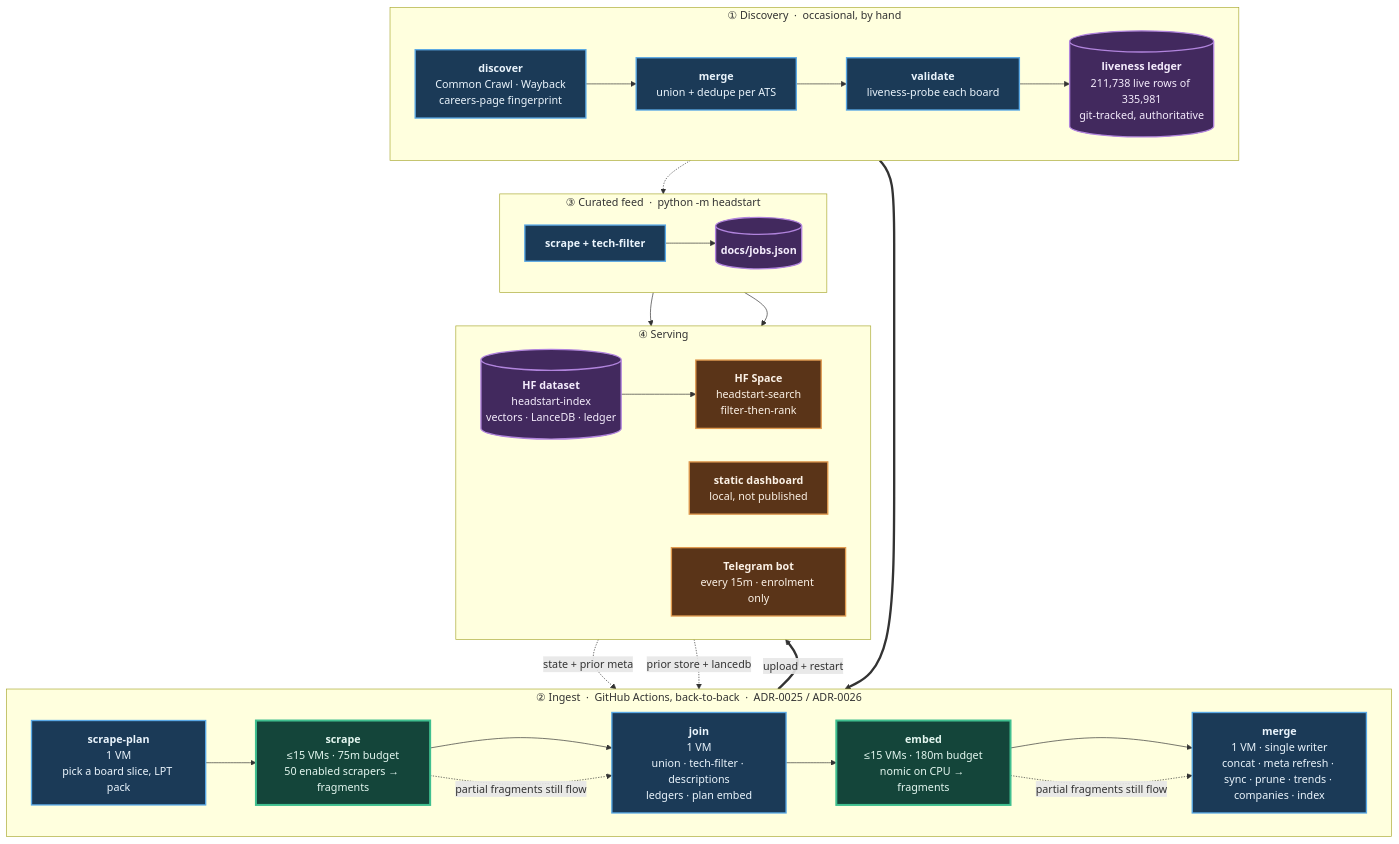
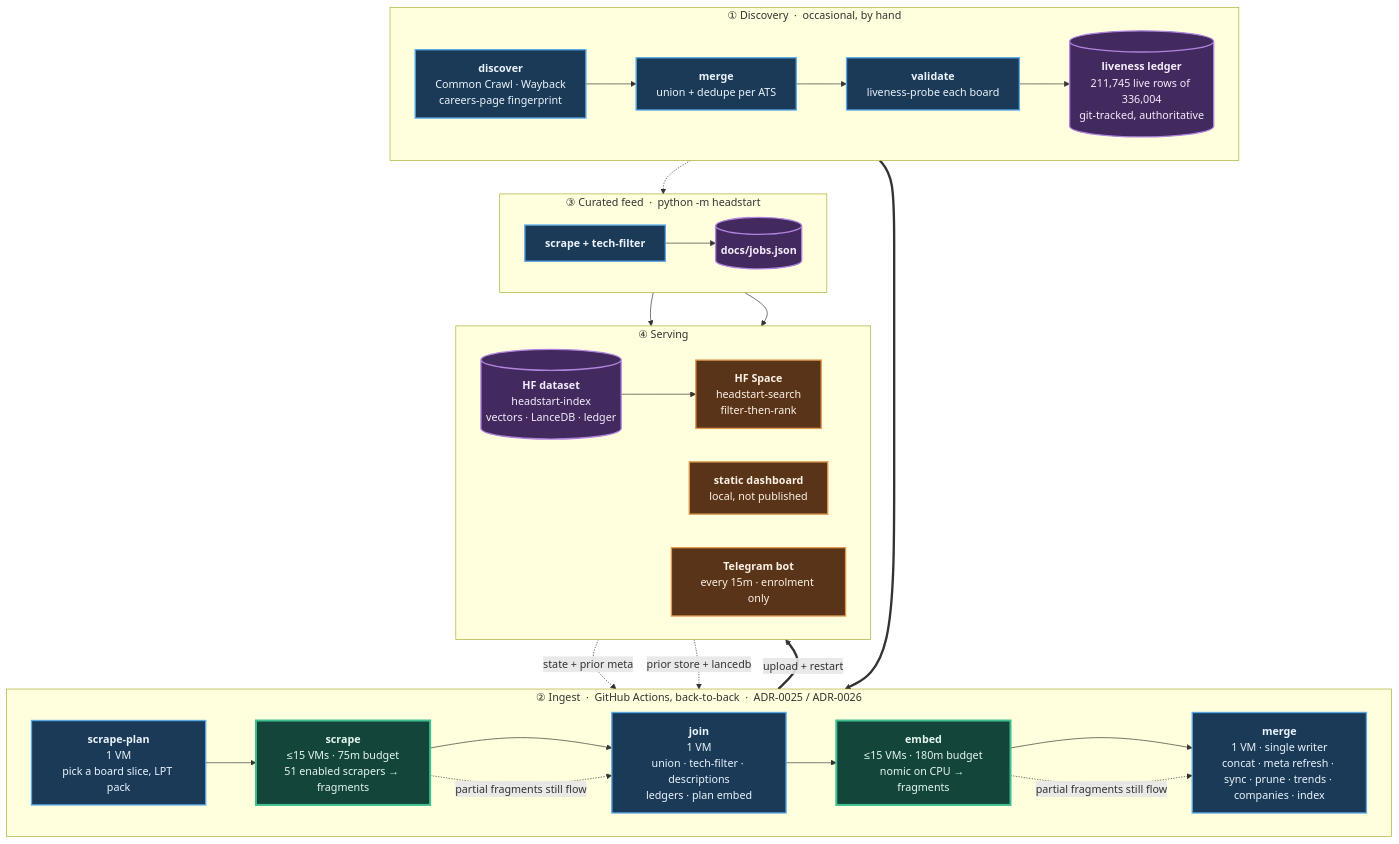
Before and after one commit to sarthakjain004/headstart: the diagram in README.md, drawn with Mermaid. The commit also changed other lines of this file and 16 other files, not shown here.

````diff
--- a/README.md
+++ b/README.md
@@ -185,56 +185,56 @@
 ```mermaid
 flowchart TB
     subgraph D["① Discovery &nbsp;·&nbsp; occasional, by hand"]
         direction LR
         D1["<b>discover</b><br/>Common Crawl · Wayback<br/>careers-page fingerprint"]
         D2["<b>merge</b><br/>union + dedupe per ATS"]
         D3["<b>validate</b><br/>liveness-probe each board"]
-        D4[("<b>liveness ledger</b><br/>211,738 live rows of 335,981<br/>git-tracked, authoritative")]
+        D4[("<b>liveness ledger</b><br/>211,745 live rows of 336,004<br/>git-tracked, authoritative")]
         D1 --> D2 --> D3 --> D4
     end
 
     subgraph P["② Ingest &nbsp;·&nbsp; GitHub Actions, back-to-back &nbsp;·&nbsp; ADR-0025 / ADR-0026"]
         direction LR
         P1["<b>scrape-plan</b><br/>1 VM<br/>pick a board slice, LPT pack"]
-        P2["<b>scrape</b><br/>≤15 VMs · 75m budget<br/>50 enabled scrapers → fragments"]
+        P2["<b>scrape</b><br/>≤15 VMs · 75m budget<br/>51 enabled scrapers → fragments"]
         P3["<b>join</b><br/>1 VM<br/>union · tech-filter · descriptions<br/>ledgers · plan embed"]
         P4["<b>embed</b><br/>≤15 VMs · 180m budget<br/>nomic on CPU → fragments"]
         P5["<b>merge</b><br/>1 VM · single writer<br/>concat · meta refresh · sync · prune · trends · companies · index"]
         P1 --> P2 --> P3 --> P4 --> P5
     end
 
     subgraph F["③ Curated feed &nbsp;·&nbsp; python -m headstart"]
         direction LR
         F1["<b>scrape + tech-filter</b>"]
         F2[("<b>docs/jobs.json</b>")]
         F1 --> F2
     end
 
     subgraph S["④ Serving"]
         direction LR
         S1[("<b>HF dataset</b><br/>headstart-index<br/>vectors · LanceDB · ledger")]
         S2["<b>HF Space</b><br/>headstart-search<br/>filter-then-rank"]
         S3["<b>static dashboard</b><br/>local, not published"]
         S4["<b>Telegram bot</b><br/>every 15m · enrolment only"]
         S1 --> S2
     end
 
     D4 ==> P1
     S1 -. "state + prior meta" .-> P1
     S1 -. "prior store + lancedb" .-> P5
     D4 -.-> F1
     P5 ==>|"upload + restart"| S1
     F2 --> S3
     F2 --> S4
     P2 -. "partial fragments still flow" .-> P3
     P4 -. "partial fragments still flow" .-> P5
 
     classDef serial fill:#1b3a57,stroke:#5aa9e6,stroke-width:2px,color:#eaf4fc
     classDef fan fill:#14453a,stroke:#3fbf8f,stroke-width:3px,color:#e4f7f0
     classDef store fill:#42295e,stroke:#b184dd,stroke-width:2px,color:#f4ecfc
     classDef serve fill:#5a3418,stroke:#e09a4f,stroke-width:2px,color:#fbf1e6
     class D1,D2,D3,P1,P3,P5,F1 serial
     class P2,P4 fan
     class D4,F2,S1 store
     class S2,S3,S4 serve
 ```
````
